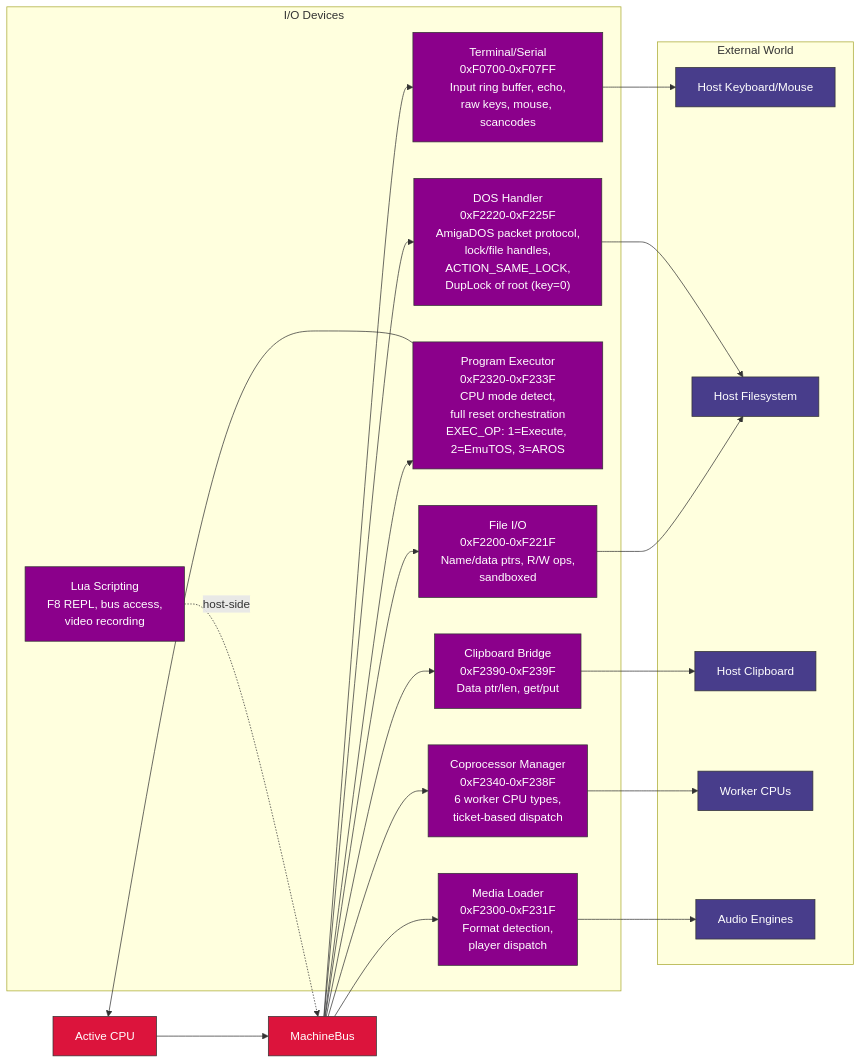
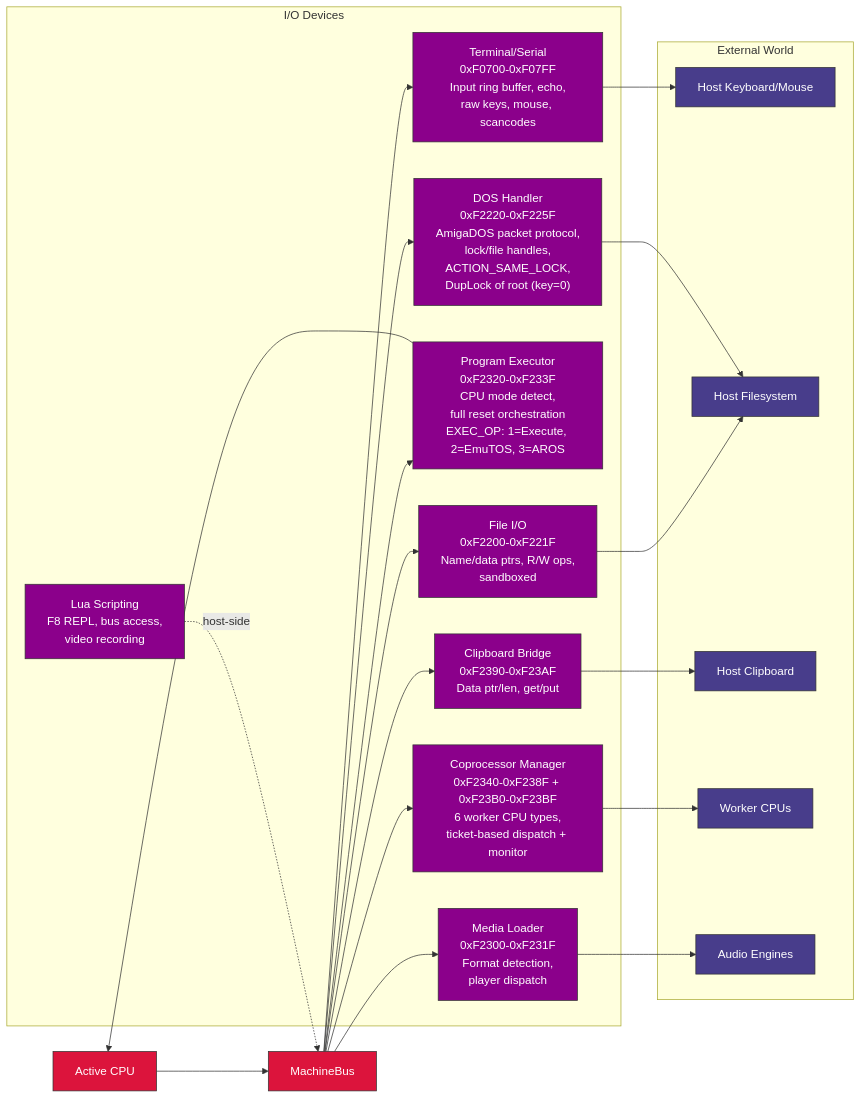
The sixth of 9 diagrams in sdk/docs/architecture.md (IntuitionAmiga/IntuitionEngine), drawn with Mermaid before and after one commit. The commit also changed other lines of this file and 15 other files, not shown here.

First line of the commit message:
IEWarpMon: add coprocessor monitor MMIO registers, busy% tracking, and documentation

````diff
--- a/sdk/docs/architecture.md
+++ b/sdk/docs/architecture.md
@@ -667,49 +668,49 @@
 ```mermaid
 graph LR
     CPU["Active CPU"]
     BUS["MachineBus"]
     CPU --> BUS
 
     subgraph DEVS["I/O Devices"]
         TERM["Terminal/Serial<br/>0xF0700-0xF07FF<br/>Input ring buffer, echo,<br/>raw keys, mouse, scancodes"]
         FIO["File I/O<br/>0xF2200-0xF221F<br/>Name/data ptrs, R/W ops,<br/>sandboxed"]
         PEXEC["Program Executor<br/>0xF2320-0xF233F<br/>CPU mode detect,<br/>full reset orchestration<br/>EXEC_OP: 1=Execute, 2=EmuTOS, 3=AROS"]
-        COPRO["Coprocessor Manager<br/>0xF2340-0xF238F<br/>6 worker CPU types,<br/>ticket-based dispatch"]
-        CLIP["Clipboard Bridge<br/>0xF2390-0xF239F<br/>Data ptr/len, get/put"]
+        COPRO["Coprocessor Manager<br/>0xF2340-0xF238F + 0xF23B0-0xF23BF<br/>6 worker CPU types,<br/>ticket-based dispatch + monitor"]
+        CLIP["Clipboard Bridge<br/>0xF2390-0xF23AF<br/>Data ptr/len, get/put"]
         DOS["DOS Handler<br/>0xF2220-0xF225F<br/>AmigaDOS packet protocol,<br/>lock/file handles,<br/>ACTION_SAME_LOCK,<br/>DupLock of root (key=0)"]
         MEDIA["Media Loader<br/>0xF2300-0xF231F<br/>Format detection,<br/>player dispatch"]
         LUA["Lua Scripting<br/>F8 REPL, bus access,<br/>video recording"]
     end
 
     BUS --> TERM
     BUS --> FIO
     BUS --> PEXEC
     BUS --> COPRO
     BUS --> CLIP
     BUS --> DOS
     BUS --> MEDIA
     LUA -.->|"host-side"| BUS
 
     subgraph EXT["External World"]
         HOST_KB["Host Keyboard/Mouse"]
         HOST_FS["Host Filesystem"]
         HOST_CB["Host Clipboard"]
         CPUSUB["Worker CPUs"]
         AUDIO_E["Audio Engines"]
     end
 
     TERM --> HOST_KB
     FIO --> HOST_FS
     DOS --> HOST_FS
     CLIP --> HOST_CB
     PEXEC --> CPU
     COPRO --> CPUSUB
     MEDIA --> AUDIO_E
 
     classDef periph fill:#8B008B,stroke:#333,color:#fff
     classDef ext fill:#483D8B,stroke:#333,color:#fff
     classDef bus fill:#DC143C,stroke:#333,color:#fff
     class TERM,FIO,PEXEC,COPRO,CLIP,DOS,MEDIA,LUA periph
     class HOST_KB,HOST_FS,HOST_CB,CPUSUB,AUDIO_E ext
     class CPU,BUS bus
 ```
````
